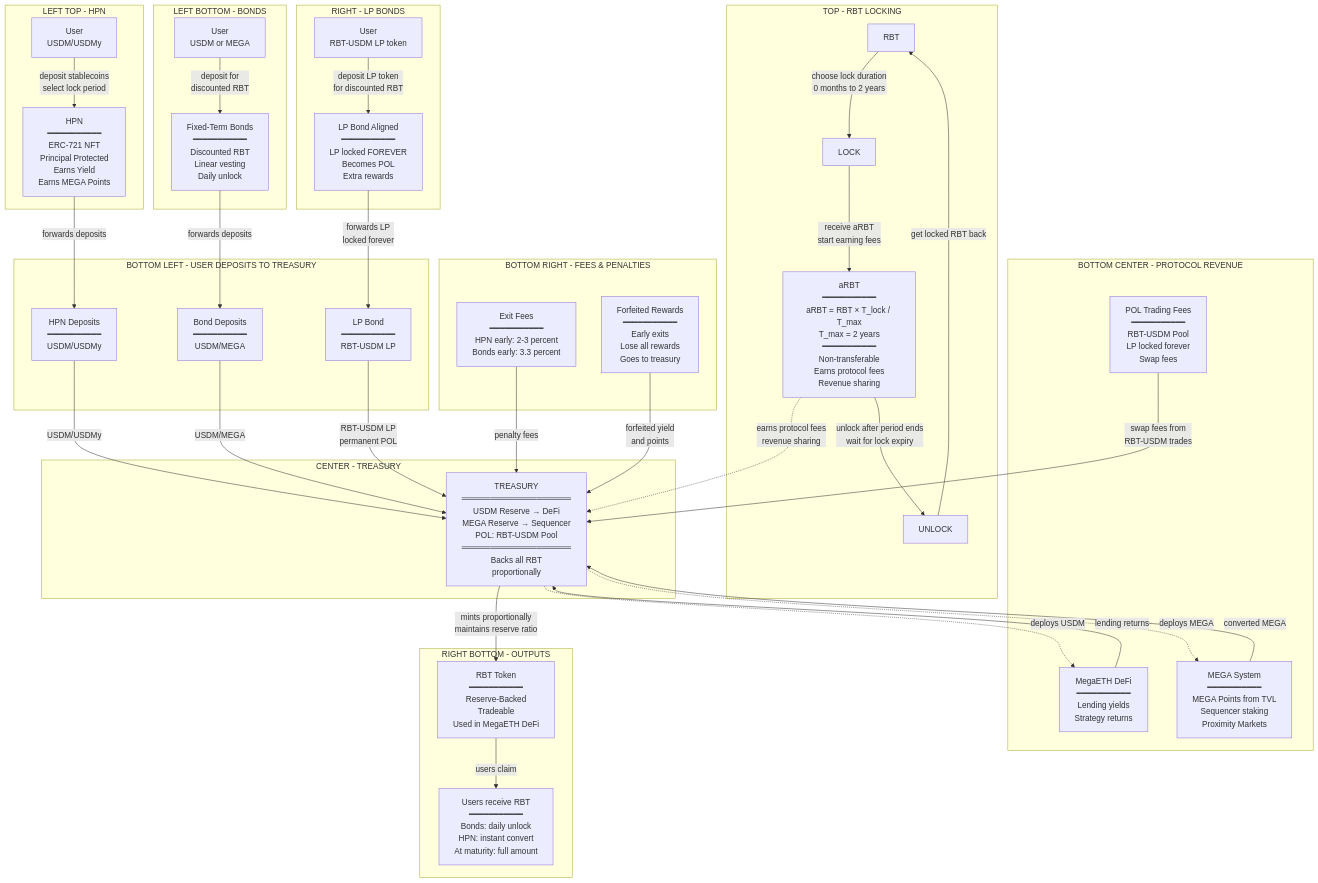
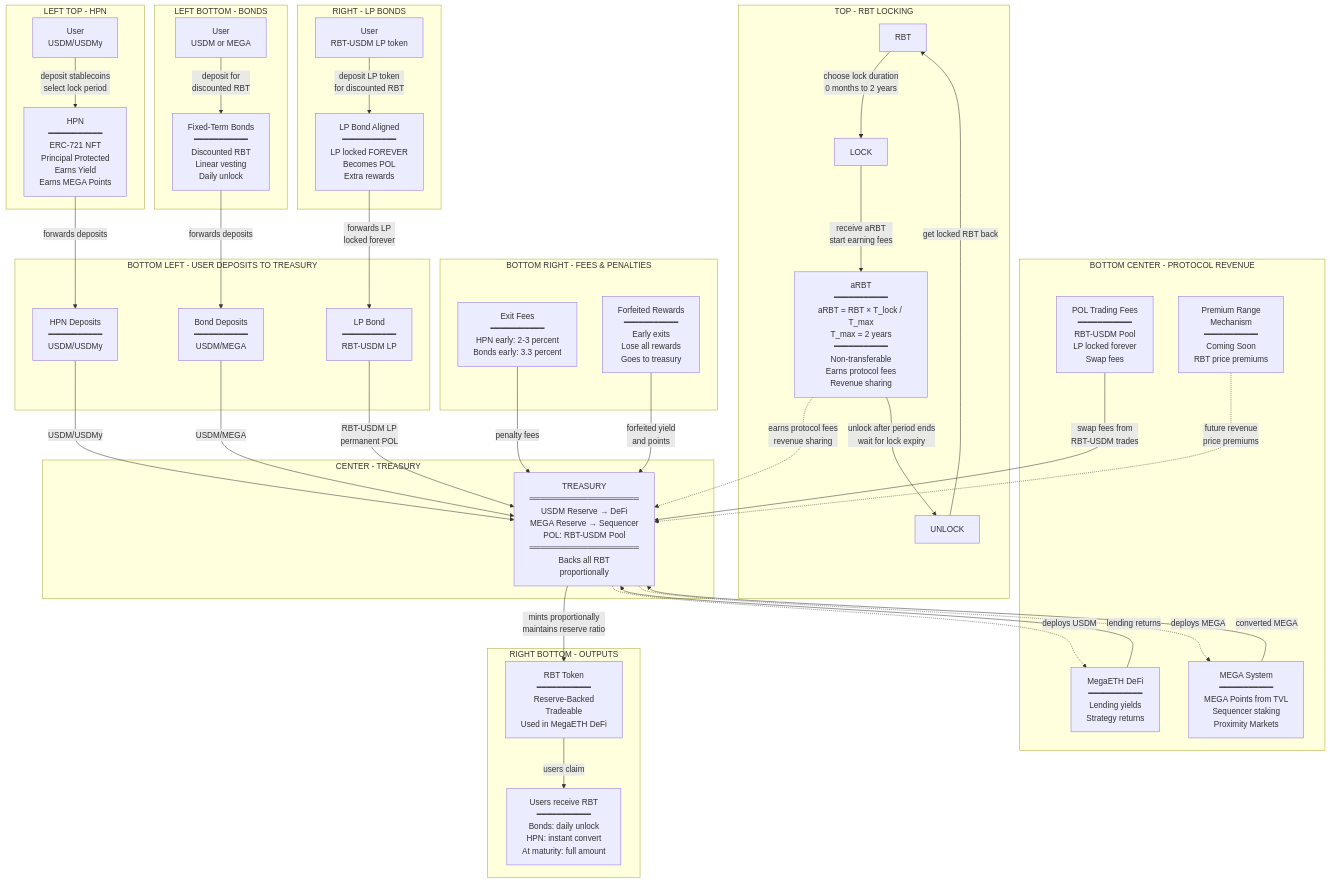
One commit to 0xJaehaerys/ohmega changed the diagram in blackhaven-complete-system.md. Above: the diagram before and after it, drawn with Mermaid.

Commit message:
Add PRM (Premium Range Mechanism) to treasury inflows - Coming Soon

```diff
--- a/blackhaven-complete-system.md
+++ b/blackhaven-complete-system.md
@@ -53,6 +53,7 @@
         YIELD_INCOME[MegaETH DeFi<br/>━━━━━━━━━━━<br/>Lending yields<br/>Strategy returns]
         POL_FEES[POL Trading Fees<br/>━━━━━━━━━━━<br/>RBT-USDM Pool<br/>LP locked forever<br/>Swap fees]
         MEGA_REWARDS[MEGA System<br/>━━━━━━━━━━━<br/>MEGA Points from TVL<br/>Sequencer staking<br/>Proximity Markets]
+        PRM[Premium Range<br/>Mechanism<br/>━━━━━━━━━━━<br/>Coming Soon<br/>RBT price premiums]
     end
     
     subgraph "BOTTOM RIGHT - FEES & PENALTIES"
@@ -81,6 +82,7 @@
     MEGA_REWARDS -->|converted MEGA| TREASURY
     EXIT_FEES -->|penalty fees| TREASURY
     FORFEIT -->|forfeited yield<br/>and points| TREASURY
+    PRM -.->|future revenue<br/>price premiums| TREASURY
     
     TREASURY -->|mints proportionally<br/>maintains reserve ratio| RBT_OUT
     
```
